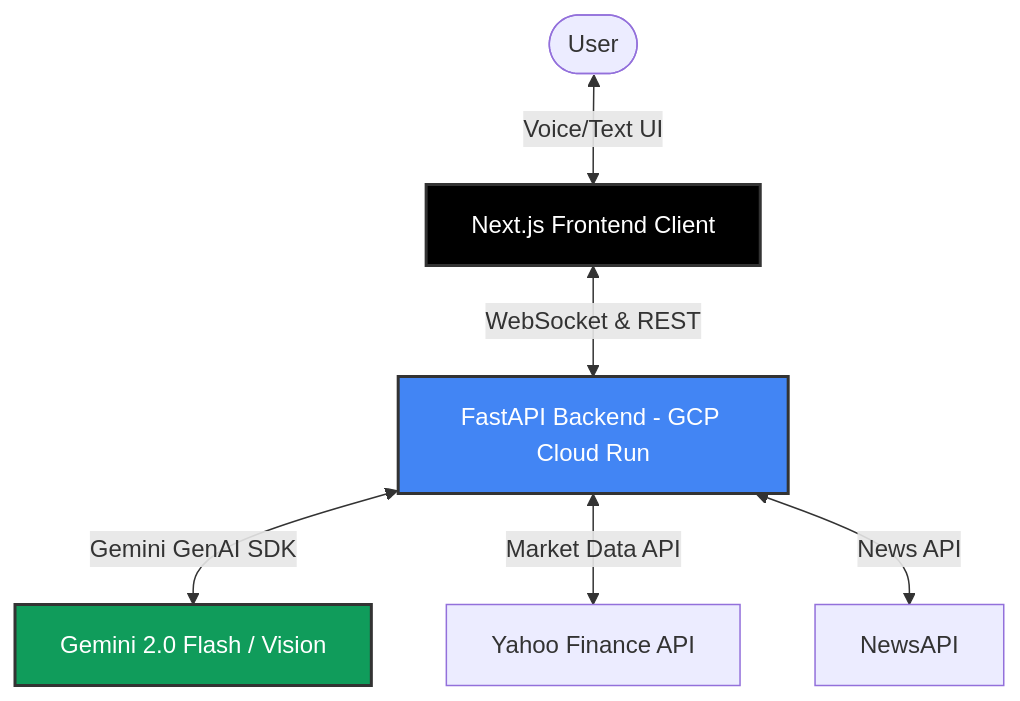
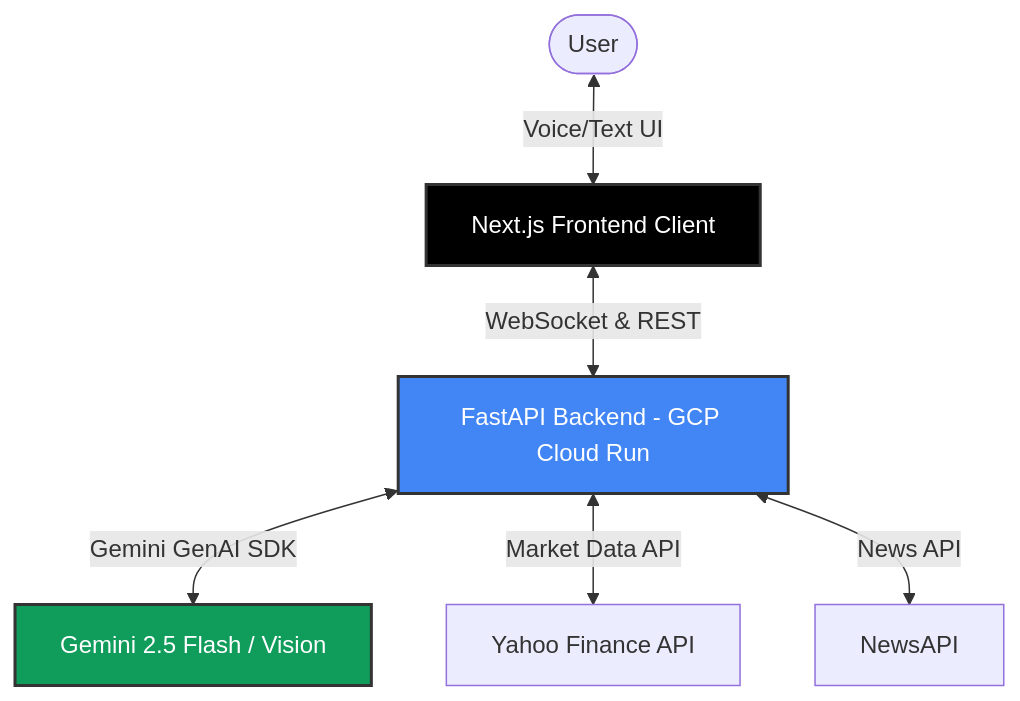
Before and after one commit to Harshcoder9/Gemini-Agentic-Challenge: the diagram in README.md, drawn with Mermaid.

````diff
--- a/README.md
+++ b/README.md
@@ -29,12 +29,12 @@
 ```mermaid
 graph TD
     User([User]) <--> |Voice/Text UI| Frontend[Next.js Frontend Client]
     Frontend <--> |WebSocket & REST| Backend[FastAPI Backend - GCP Cloud Run]
-    Backend <--> |Gemini GenAI SDK| Gemini[Gemini 2.0 Flash / Vision]
+    Backend <--> |Gemini GenAI SDK| Gemini[Gemini 2.5 Flash / Vision]
     Backend <--> |Market Data API| Yahoo[Yahoo Finance API]
     Backend <--> |News API| News[NewsAPI]
 
     style Frontend fill:#000000,stroke:#333,stroke-width:2px,color:#fff
     style Backend fill:#4285F4,stroke:#333,stroke-width:2px,color:#fff
     style Gemini fill:#109c5b,stroke:#333,stroke-width:2px,color:#fff
 ```
````
